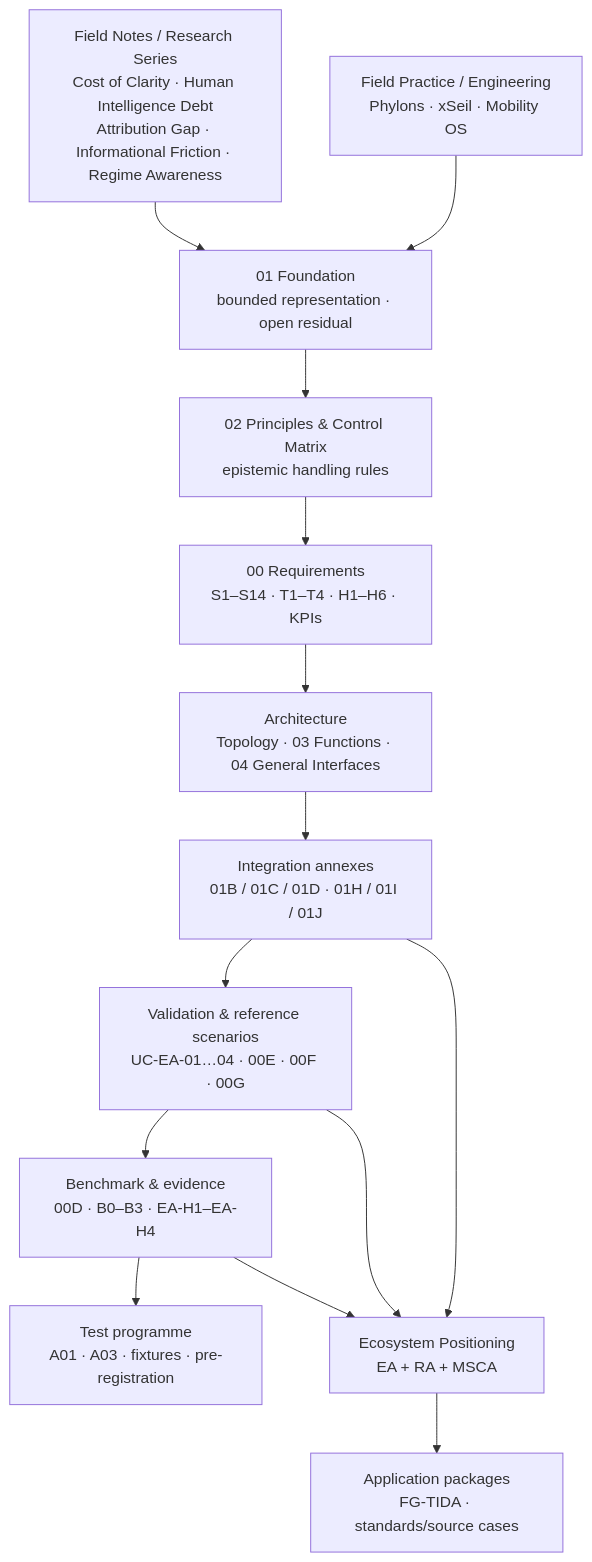
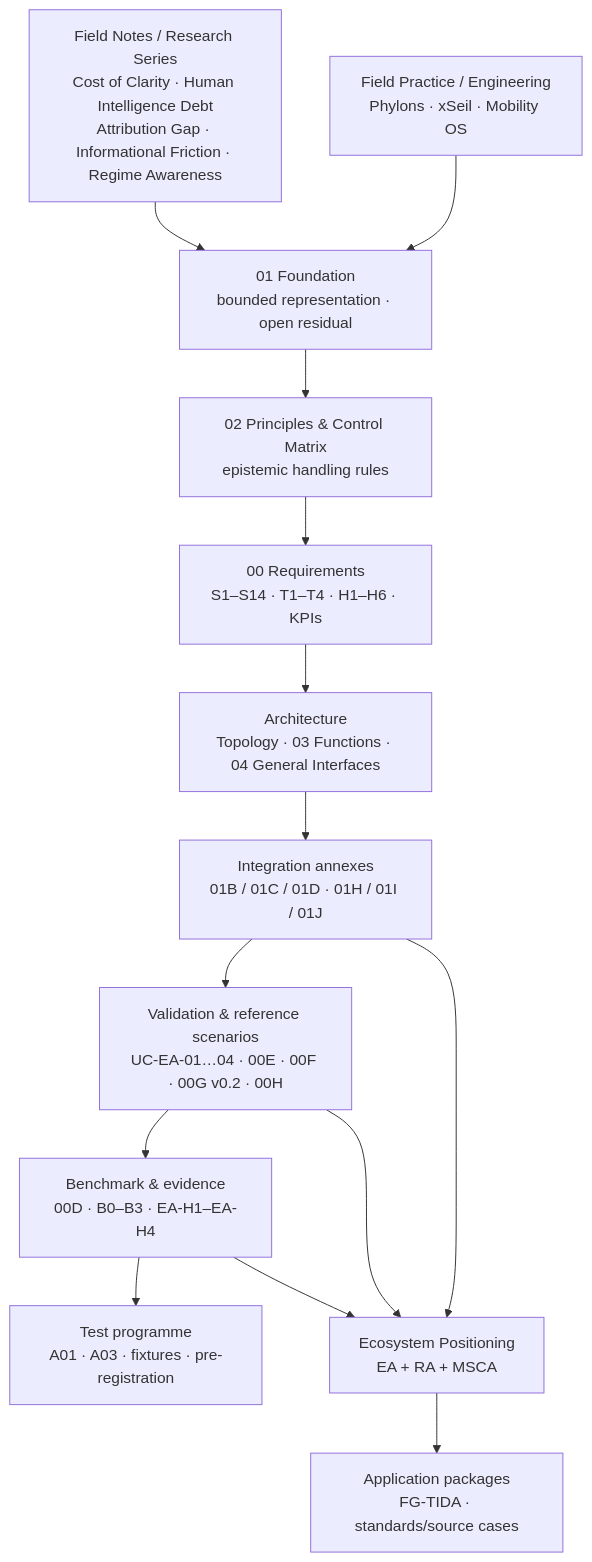
The first of 9 diagrams in research/ecosystem-awareness/VISUAL_GUIDE.md (dakleyer/structural-awareness-contributions), drawn with Mermaid before and after one commit. The commit also changed other lines of this file, not shown here.

````diff
--- a/research/ecosystem-awareness/VISUAL_GUIDE.md
+++ b/research/ecosystem-awareness/VISUAL_GUIDE.md
@@ -9,23 +9,23 @@
 ```mermaid
 flowchart TB
     FN["Field Notes / Research Series<br/>Cost of Clarity · Human Intelligence Debt<br/>Attribution Gap · Informational Friction · Regime Awareness"]
     ENG["Field Practice / Engineering<br/>Phylons · xSeil · Mobility OS"]
     F["01 Foundation<br/>bounded representation · open residual"]
     P["02 Principles & Control Matrix<br/>epistemic handling rules"]
     R["00 Requirements<br/>S1–S14 · T1–T4 · H1–H6 · KPIs"]
     A["Architecture<br/>Topology · 03 Functions · 04 General Interfaces"]
     I["Integration annexes<br/>01B / 01C / 01D · 01H / 01I / 01J"]
-    V["Validation & reference scenarios<br/>UC-EA-01…04 · 00E · 00F · 00G"]
+    V["Validation & reference scenarios<br/>UC-EA-01…04 · 00E · 00F · 00G v0.2 · 00H"]
     B["Benchmark & evidence<br/>00D · B0–B3 · EA-H1–EA-H4"]
     T["Test programme<br/>A01 · A03 · fixtures · pre-registration"]
     EP["Ecosystem Positioning<br/>EA + RA + MSCA"]
     APP["Application packages<br/>FG-TIDA · standards/source cases"]
 
     FN --> F
     ENG --> F
     F --> P --> R --> A --> I --> V --> B --> T
     I --> EP
     V --> EP
     B --> EP
     EP --> APP
 ```
````
